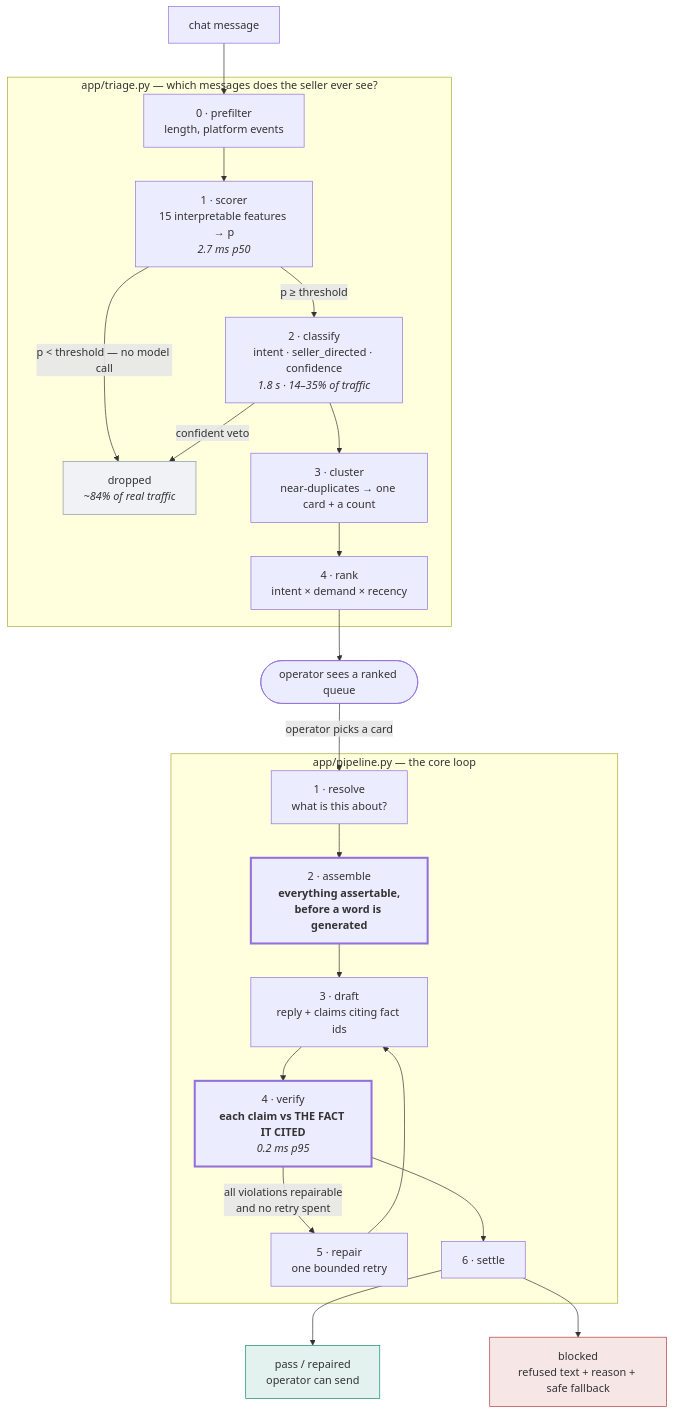
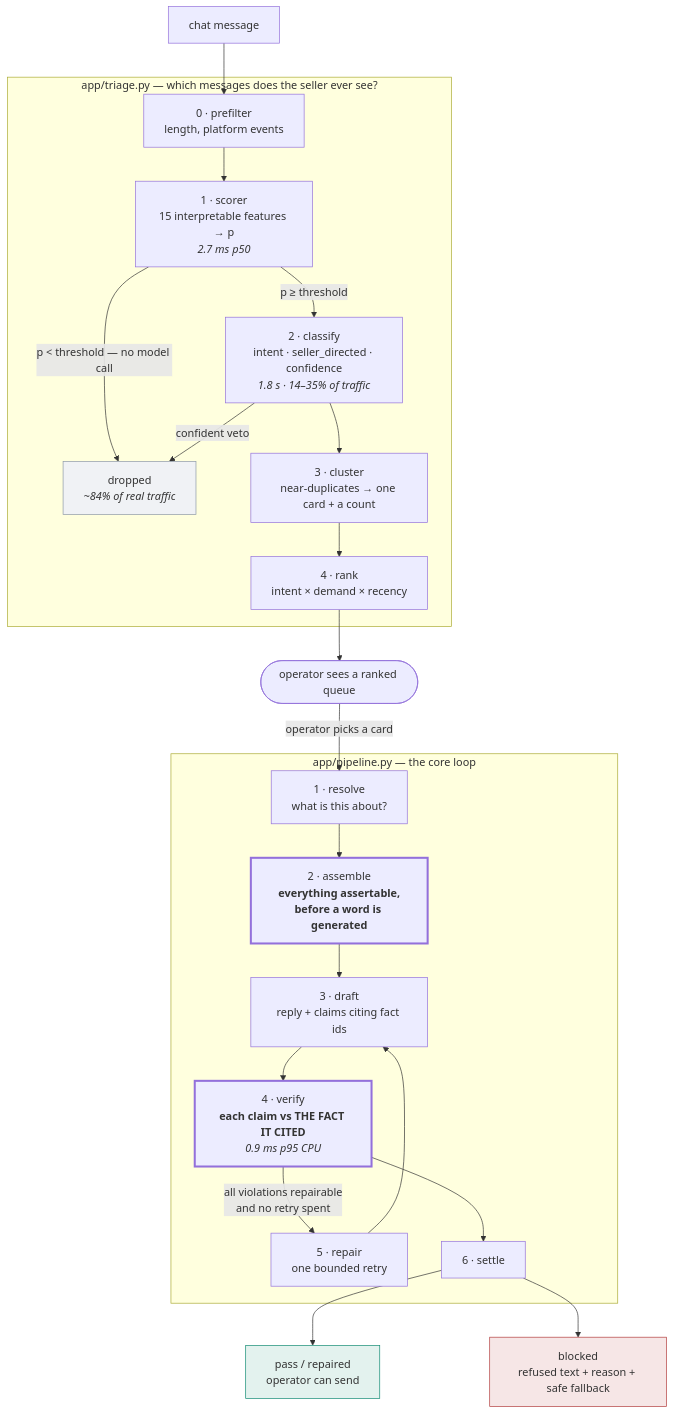
One commit to kar-ganap/sidestage changed the first of 4 diagrams in docs/TDD.md. Above: the diagram before and after it, drawn with Mermaid. The commit also changed other lines of this file and 10 other files, not shown here.

````diff
--- a/docs/TDD.md
+++ b/docs/TDD.md
@@ -50,33 +50,33 @@
 ```mermaid
 flowchart TD
     M["chat message"] --> P0
 
     subgraph TRIAGE ["app/triage.py — which messages does the seller ever see?"]
         P0["0 · prefilter<br/>length, platform events"] --> P1
         P1["1 · scorer<br/>15 interpretable features → p<br/><i>2.7 ms p50</i>"]
         P1 -->|"p &lt; threshold — no model call"| DROP["dropped<br/><i>~84% of real traffic</i>"]
         P1 -->|"p ≥ threshold"| P2["2 · classify<br/>intent · seller_directed · confidence<br/><i>1.8 s · 14–35% of traffic</i>"]
         P2 -->|"confident veto"| DROP
         P2 --> P3["3 · cluster<br/>near-duplicates → one card + a count"] --> P4["4 · rank<br/>intent × demand × recency"]
     end
 
     P4 --> Q(["operator sees a ranked queue"])
     Q -->|"operator picks a card"| R1
 
     subgraph LOOP ["app/pipeline.py — the core loop"]
         R1["1 · resolve<br/>what is this about?"] --> R2["2 · assemble<br/><b>everything assertable,<br/>before a word is generated</b>"]
         R2 --> R3["3 · draft<br/>reply + claims citing fact ids"]
-        R3 --> R4["4 · verify<br/><b>each claim vs THE FACT IT CITED</b><br/><i>0.2 ms p95</i>"]
+        R3 --> R4["4 · verify<br/><b>each claim vs THE FACT IT CITED</b><br/><i>0.9 ms p95 CPU</i>"]
         R4 -->|"all violations repairable<br/>and no retry spent"| R5["5 · repair<br/>one bounded retry"] --> R3
         R4 --> R6["6 · settle"]
     end
 
     R6 --> PASS["pass / repaired<br/>operator can send"]
     R6 --> BLOCK["blocked<br/>refused text + reason + safe fallback"]
 
     style DROP fill:#f0f2f5,stroke:#8b97a6
     style BLOCK fill:#f6e6e6,stroke:#b23b3b
     style PASS fill:#e3f2ee,stroke:#0f8a72
     style R2 stroke-width:3px
     style R4 stroke-width:3px
 ```
````
